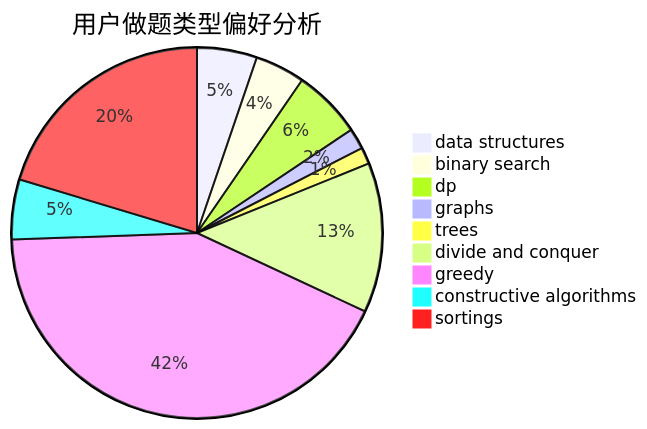
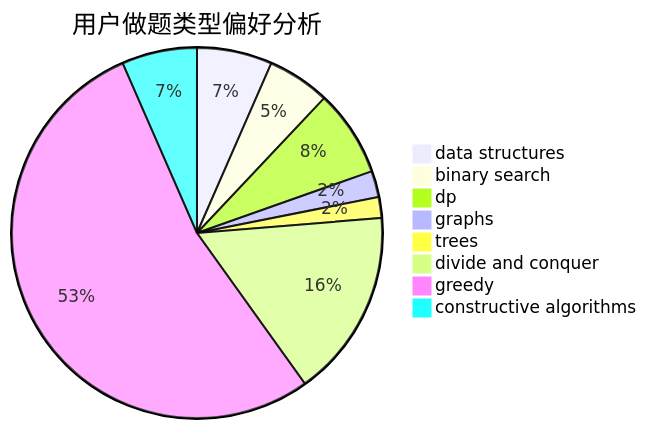
One commit to sherpahu/cfrs.github.io changed the second of 3 diagrams in docs/user/u2101.md. Above: the diagram before and after it, drawn with Mermaid. The commit also changed other lines of this file and 2769 other files, not shown here.

````diff
--- a/docs/user/u2101.md
+++ b/docs/user/u2101.md
@@ -18,12 +18,11 @@
 ```mermaid
 pie title 用户做题类型偏好分析
     "data structures" :  72
     "binary search" :  60
     "dp" :  83
     "graphs" :  25
     "trees" :  20
     "divide and conquer" :  180
     "greedy" :  585
     "constructive algorithms" :  72
-    "sortings" :  280
 ```
````
